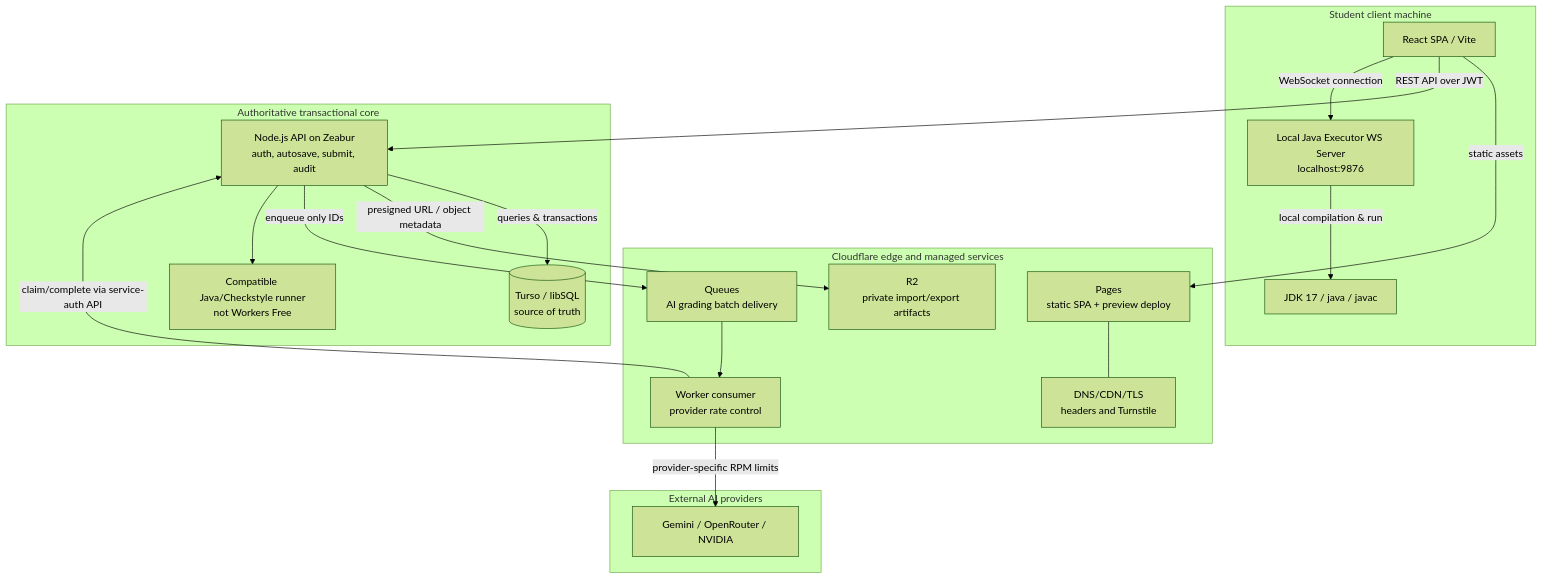
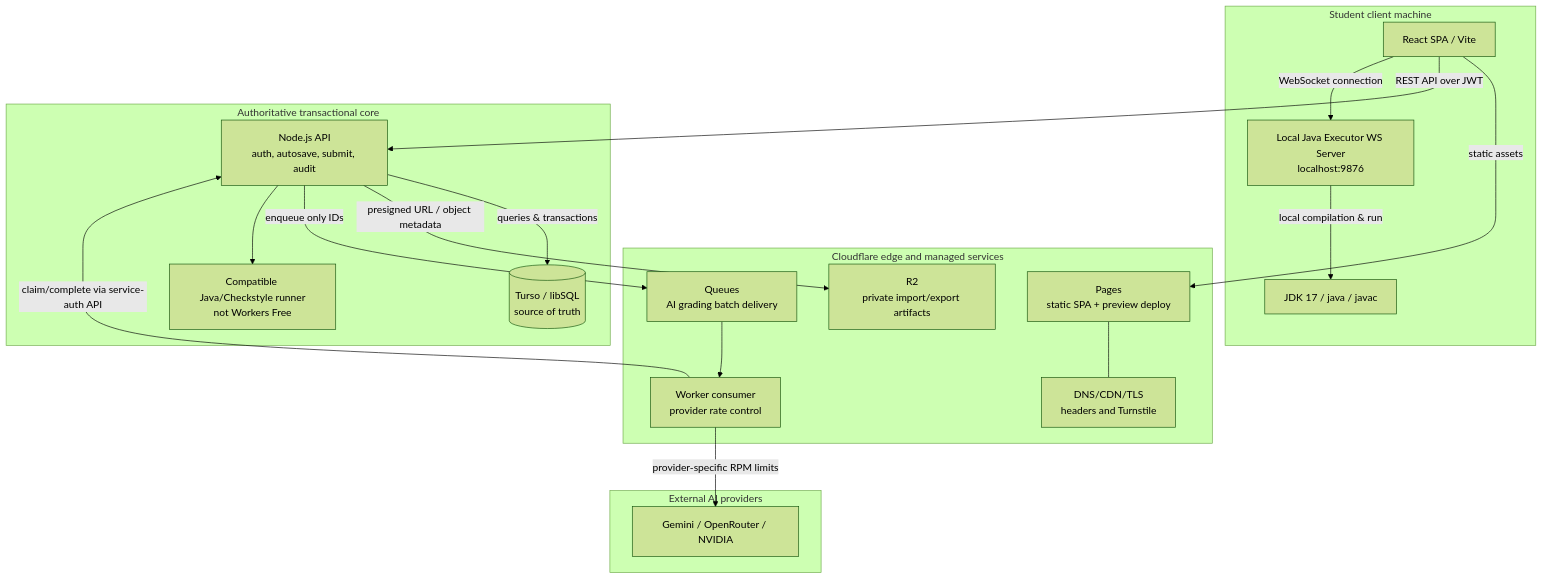
One commit to oop-uet/olp changed the first of 2 diagrams in design.md. Above: the diagram before and after it, drawn with Mermaid (forest theme). The commit also changed other lines of this file and 13 other files, not shown here.

````diff
--- a/design.md
+++ b/design.md
@@ -35,39 +31,39 @@
 ```mermaid
 graph TB
     subgraph StudentDevice[Student client machine]
       Browser[React SPA / Vite]
       ExecutorAgent[Local Java Executor WS Server<br/>localhost:9876]
       JDK17[JDK 17 / java / javac]
     end
 
     subgraph Cloudflare[Cloudflare edge and managed services]
       Pages[Pages<br/>static SPA + preview deploy]
       Edge[DNS/CDN/TLS<br/>headers and Turnstile]
       R2[R2<br/>private import/export artifacts]
       Queue[Queues<br/>AI grading batch delivery]
       Consumer[Worker consumer<br/>provider rate control]
     end
 
     subgraph TransactionalCore[Authoritative transactional core]
-      API[Node.js API on Zeabur<br/>auth, autosave, submit, audit]
+      API[Node.js API<br/>auth, autosave, submit, audit]
       Database[(Turso / libSQL<br/>source of truth)]
       JavaRunner[Compatible Java/Checkstyle runner<br/>not Workers Free]
     end
 
     subgraph External[External AI providers]
       Providers[Gemini / OpenRouter / NVIDIA]
     end
 
     Browser -->|static assets| Pages
     Pages --- Edge
     Browser -->|REST API over JWT| API
     Browser -->|WebSocket connection| ExecutorAgent
     ExecutorAgent -->|local compilation & run| JDK17
     API -->|queries & transactions| Database
     API -->|presigned URL / object metadata| R2
     API -->|enqueue only IDs| Queue
     Queue --> Consumer
     Consumer -->|claim/complete via service-auth API| API
     Consumer -->|provider-specific RPM limits| Providers
     API --> JavaRunner
 ```
````
